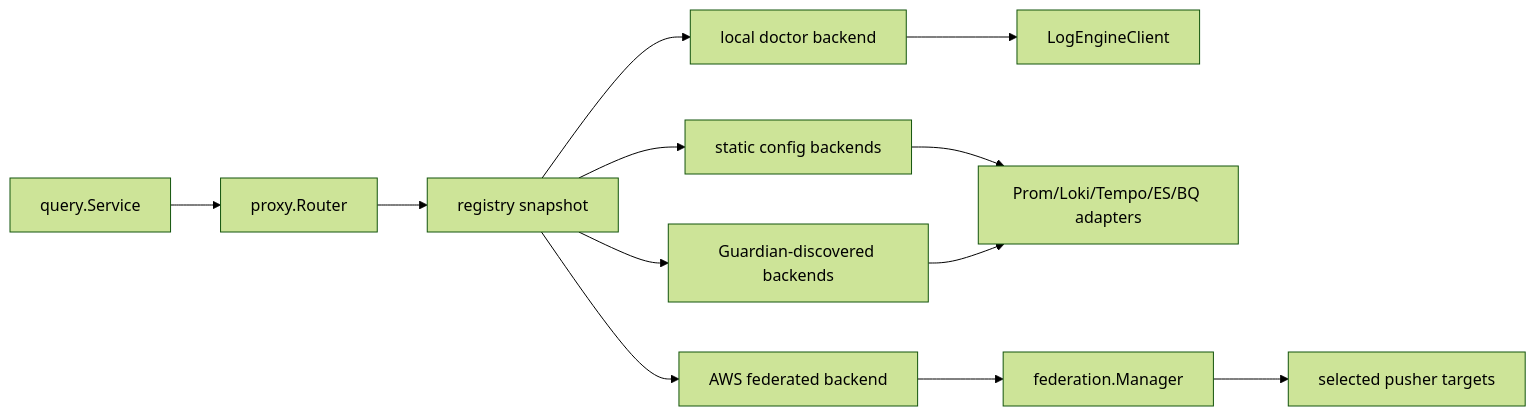
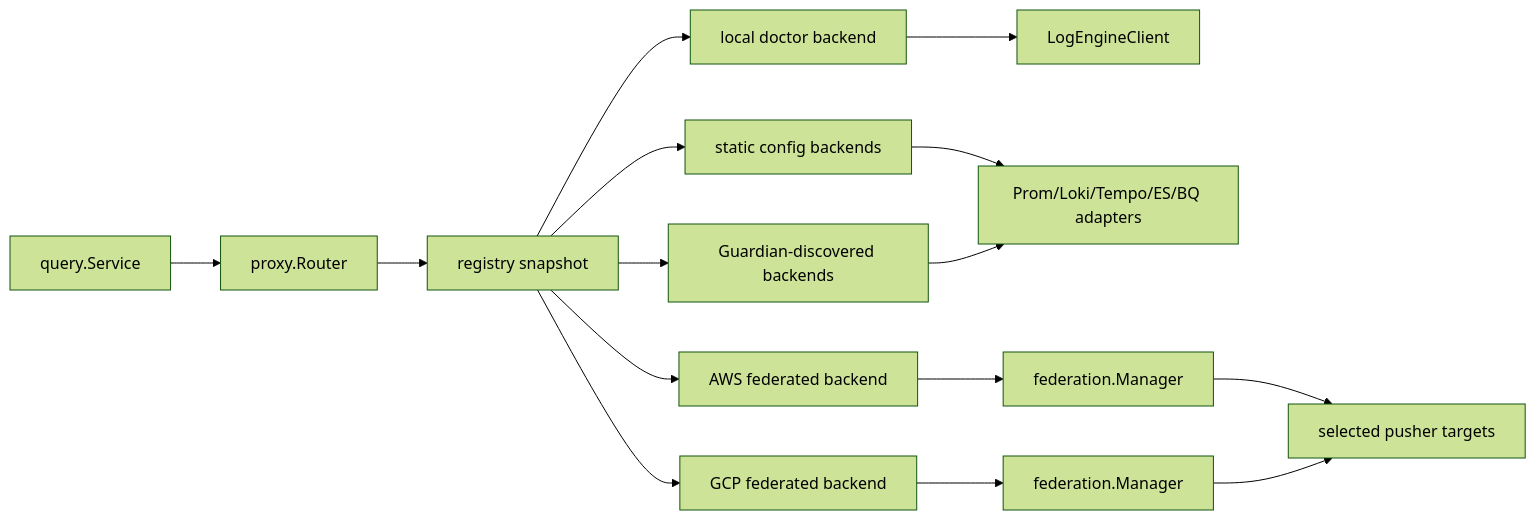
Before and after one commit to radryc/doctor: the fourth of 4 diagrams in docs/logical-flows/query.md, drawn with Mermaid (forest theme). The commit also changed other lines of this file and 184 other files, not shown here.

First line of the commit message:
feat: add GCP federation, safer proxy defaults, and MonoFS bearer auth (#17)

````diff
--- a/docs/logical-flows/query.md
+++ b/docs/logical-flows/query.md
@@ -389,14 +408,17 @@
 ```mermaid
 flowchart LR
   Q[query.Service] --> R[proxy.Router]
   R --> S[registry snapshot]
   S --> L[local doctor backend]
   S --> C[static config backends]
   S --> G[Guardian-discovered backends]
   S --> A[AWS federated backend]
+  S --> GC[GCP federated backend]
   L --> LE[LogEngineClient]
   C --> U[Prom/Loki/Tempo/ES/BQ adapters]
   G --> U
   A --> FM[federation.Manager]
+  GC --> GM[federation.Manager]
   FM --> P[selected pusher targets]
+  GM --> P
 ```
````
